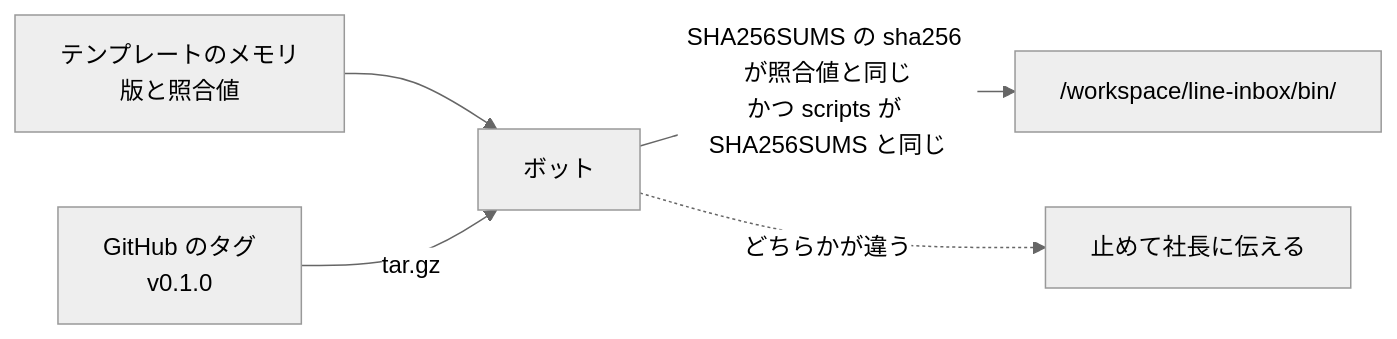
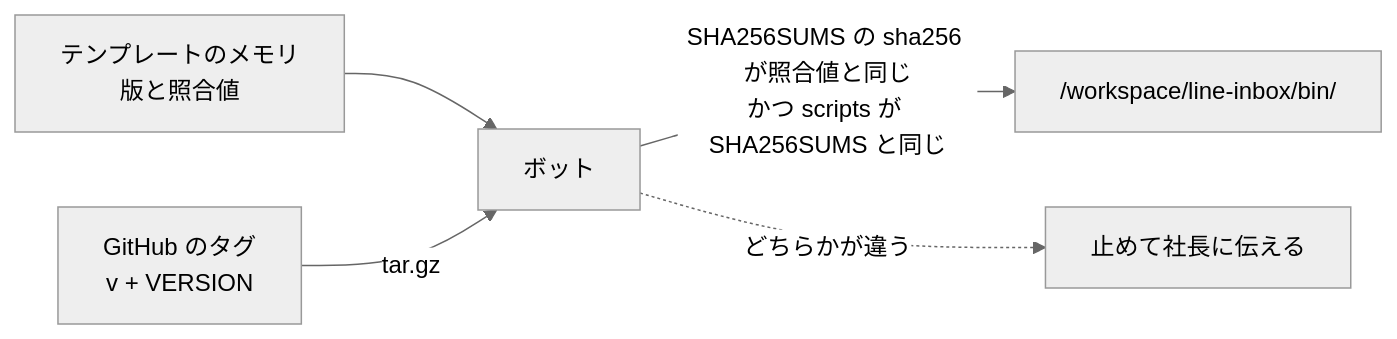
The diagram in README.md (keesmark/grok-bot-line-desk), drawn with Mermaid (neutral theme) before and after one commit. The commit also changed other lines of this file and 4 other files, not shown here.

````diff
--- a/README.md
+++ b/README.md
@@ -25,7 +25,7 @@
 ```mermaid
 flowchart LR
   M[テンプレートのメモリ<br>版と照合値] --> B[ボット]
-  R[GitHub のタグ<br>v0.1.0] -->|tar.gz| B
+  R[GitHub のタグ<br>v + VERSION] -->|tar.gz| B
   B -->|SHA256SUMS の sha256 が照合値と同じ<br>かつ scripts が SHA256SUMS と同じ| W["/workspace/line-inbox/bin/"]
   B -.->|どちらかが違う| S[止めて社長に伝える]
 ```
````
